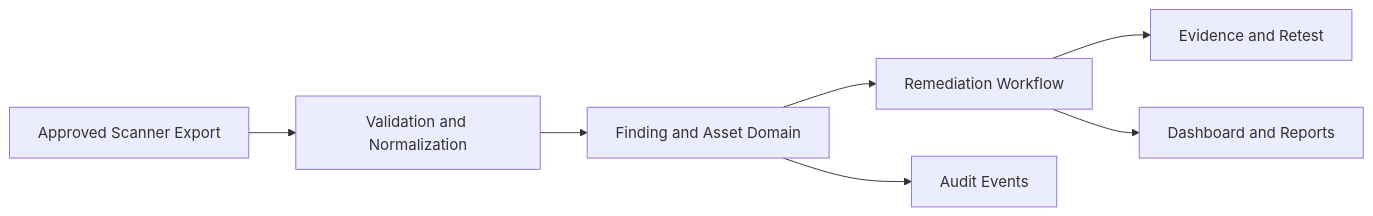
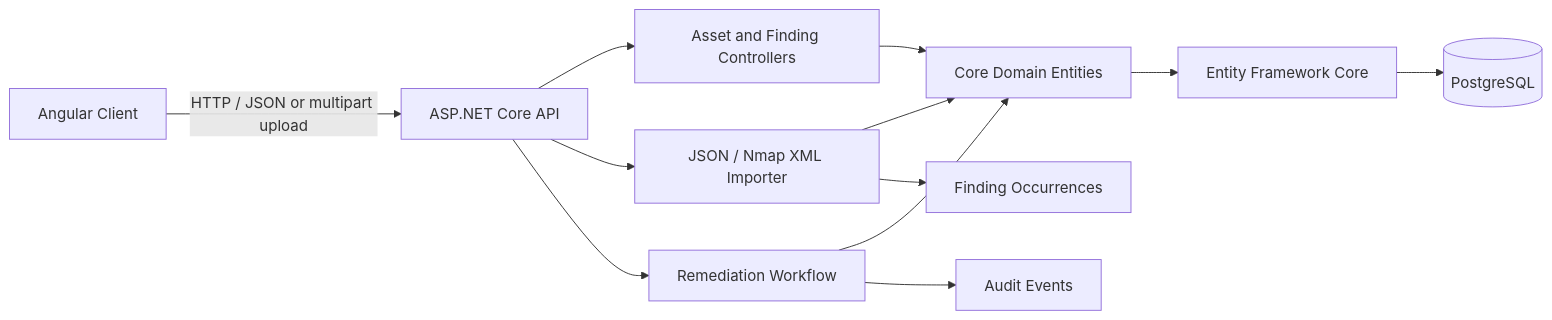
The first of 2 diagrams in README.md (tracolerd/fixtrail-security), drawn with Mermaid before and after one commit. The commit also changed other lines of this file, not shown here.

Commit message:
docs: audit and redesign FixTrail Security README

```diff
--- a/README.md
+++ b/README.md
@@ -35,9 +62,14 @@
 ~~~mermaid
 flowchart LR
-    A[Approved Scanner Export] --> B[Validation and Normalization]
-    B --> C[Finding and Asset Domain]
-    C --> D[Remediation Workflow]
-    D --> E[Evidence and Retest]
-    C --> F[Audit Events]
-    D --> G[Dashboard and Reports]
+    UI[Angular Client] -->|HTTP / JSON or multipart upload| API[ASP.NET Core API]
+    API --> ASSET[Asset and Finding Controllers]
+    API --> IMPORT[JSON / Nmap XML Importer]
+    API --> WORKFLOW[Remediation Workflow]
+    ASSET --> CORE[Core Domain Entities]
+    IMPORT --> CORE
+    WORKFLOW --> CORE
+    CORE --> EF[Entity Framework Core]
+    EF --> DB[(PostgreSQL)]
+    WORKFLOW --> AUDIT[Audit Events]
+    IMPORT --> OCC[Finding Occurrences]
 ~~~
```
